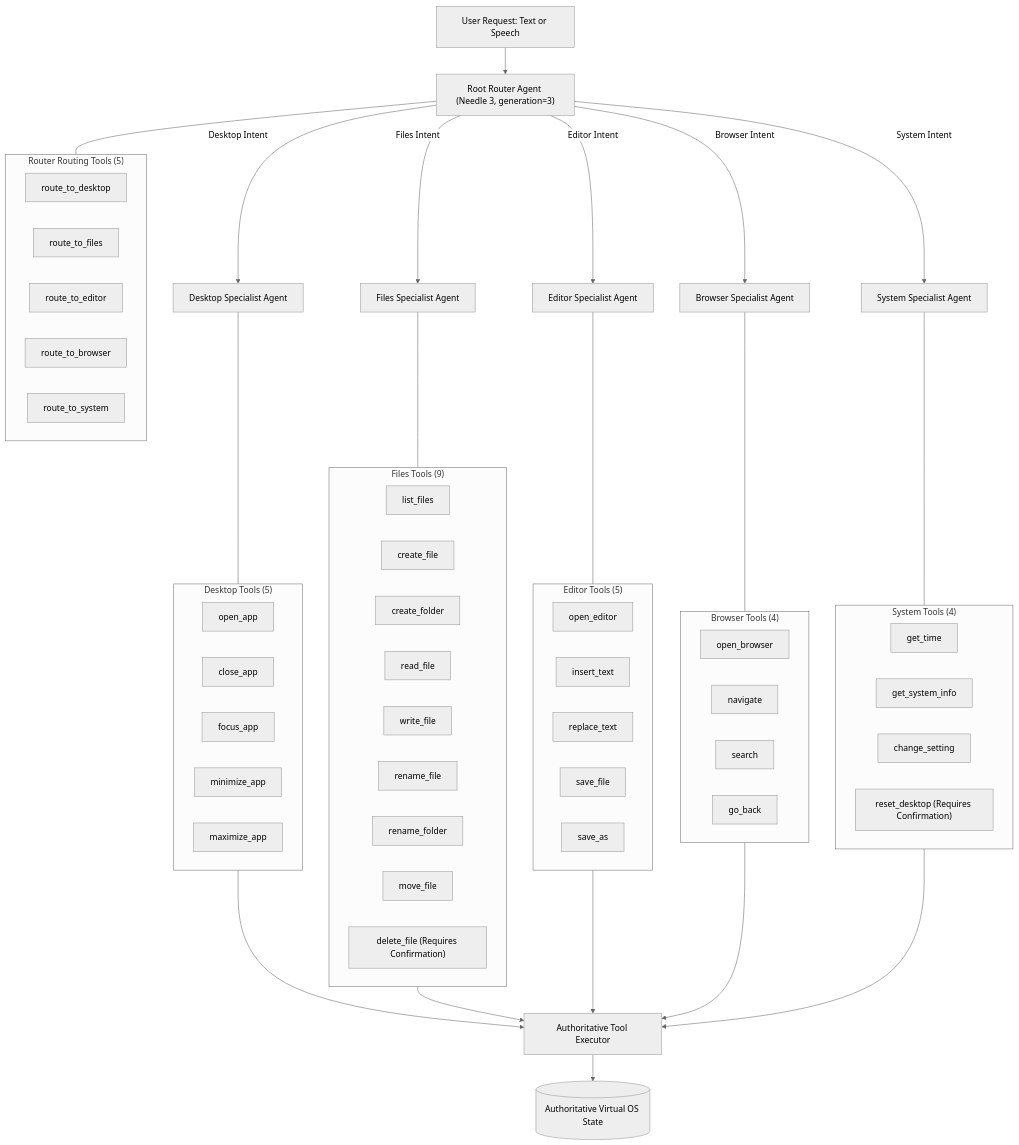
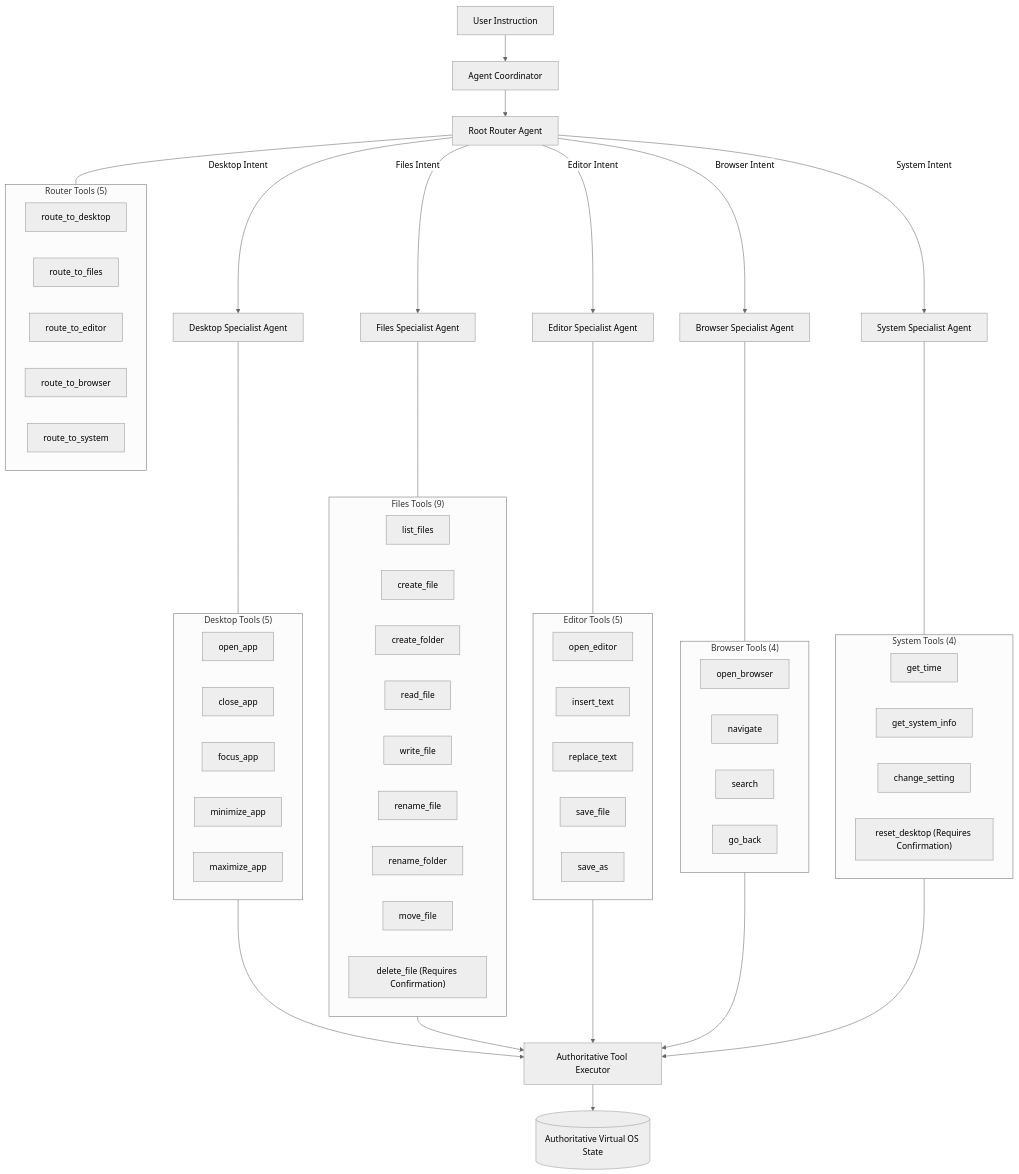
The fourth of 5 diagrams in README.md (Abubakkar-Khan/NEO-OS), drawn with Mermaid (neutral theme) before and after one commit. The commit also changed other lines of this file and 19 other files, not shown here.

````diff
--- a/README.md
+++ b/README.md
@@ -193,76 +198,77 @@
 ```mermaid
-flowchart TD
-    Prompt["User Request: Text or Speech"] --> Router["Root Router Agent (Needle 3, generation=3)"]
+graph TD
+    UserReq["User Instruction"] --> Coord["Agent Coordinator"]
+    Coord --> Router["Root Router Agent"]
 
-    subgraph RouterCatalog["Router Routing Tools (5)"]
+    subgraph RouterCatalog["Router Tools (5)"]
         R1["route_to_desktop"]
         R2["route_to_files"]
         R3["route_to_editor"]
         R4["route_to_browser"]
         R5["route_to_system"]
     end
 
     Router --- RouterCatalog
 
     Router -->|Desktop Intent| D_Agent["Desktop Specialist Agent"]
     Router -->|Files Intent| F_Agent["Files Specialist Agent"]
     Router -->|Editor Intent| E_Agent["Editor Specialist Agent"]
     Router -->|Browser Intent| B_Agent["Browser Specialist Agent"]
     Router -->|System Intent| S_Agent["System Specialist Agent"]
 
     subgraph D_Tools["Desktop Tools (5)"]
         open_app["open_app"]
         close_app["close_app"]
         focus_app["focus_app"]
         minimize_app["minimize_app"]
         maximize_app["maximize_app"]
     end
 
     subgraph F_Tools["Files Tools (9)"]
         list_files["list_files"]
         create_file["create_file"]
         create_folder["create_folder"]
         read_file["read_file"]
         write_file["write_file"]
         rename_file["rename_file"]
         rename_folder["rename_folder"]
         move_file["move_file"]
         delete_file["delete_file (Requires Confirmation)"]
     end
 
     subgraph E_Tools["Editor Tools (5)"]
         open_editor["open_editor"]
         insert_text["insert_text"]
         replace_text["replace_text"]
         save_file["save_file"]
         save_as["save_as"]
     end
 
     subgraph B_Tools["Browser Tools (4)"]
         open_browser["open_browser"]
         navigate["navigate"]
         search["search"]
         go_back["go_back"]
     end
 
     subgraph S_Tools["System Tools (4)"]
         get_time["get_time"]
         get_system_info["get_system_info"]
         change_setting["change_setting"]
         reset_desktop["reset_desktop (Requires Confirmation)"]
     end
 
     D_Agent --- D_Tools
     F_Agent --- F_Tools
     E_Agent --- E_Tools
     B_Agent --- B_Tools
     S_Agent --- S_Tools
 
     D_Tools --> Exec["Authoritative Tool Executor"]
     F_Tools --> Exec
     E_Tools --> Exec
     B_Tools --> Exec
     S_Tools --> Exec
 
     Exec --> VOS[("Authoritative Virtual OS State")]
 ```
````
